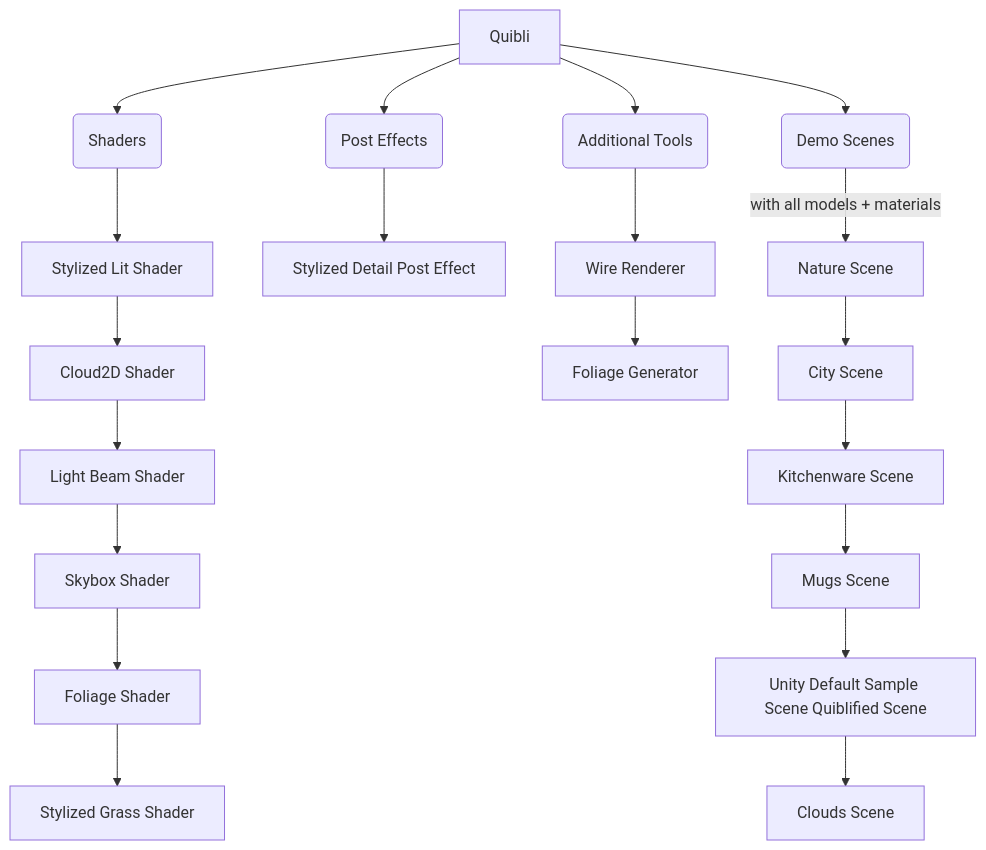
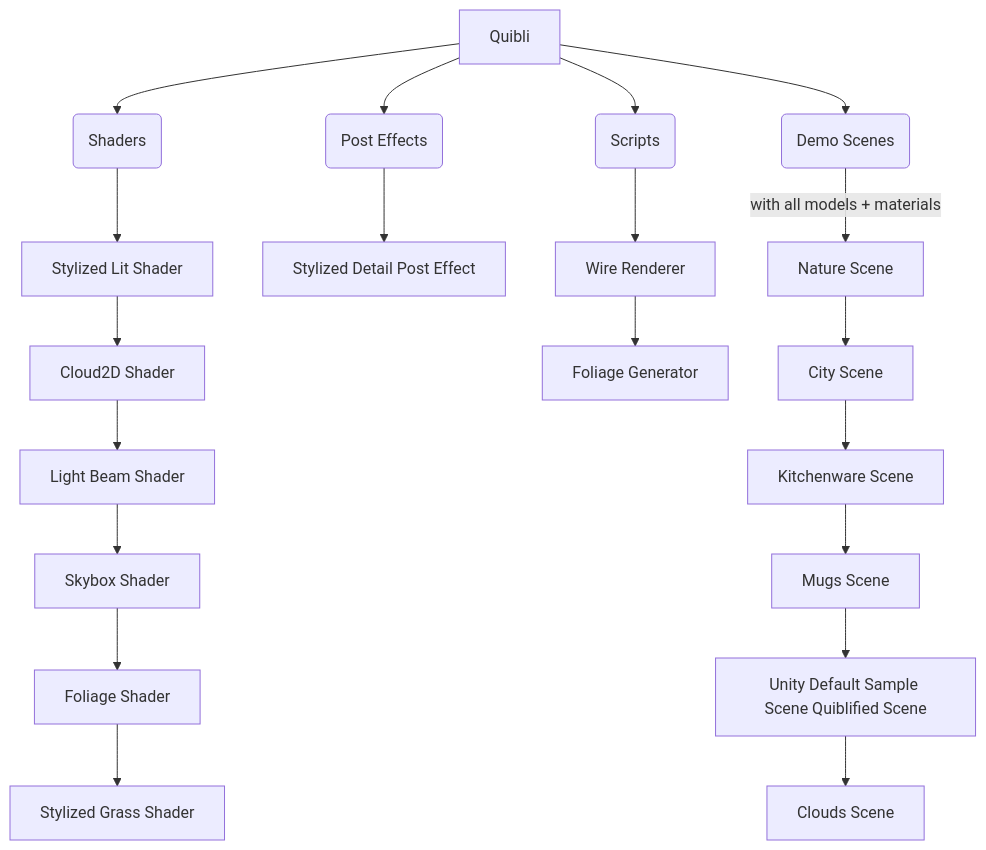
One commit to dustyroom-studio/quibli-doc changed the diagram in _docs/what-is-quibli-a-brief-overview.md. Above: the diagram before and after it, drawn with Mermaid. The commit also changed 14 other files, not shown here.

```diff
--- a/_docs/what-is-quibli-a-brief-overview.md
+++ b/_docs/what-is-quibli-a-brief-overview.md
@@ -21,22 +21,22 @@
 <div class="mermaid">
 graph TD
 A[Quibli] --> B(Shaders)
 A --> C(Post Effects)
-A --> D(Additional Tools)
+A --> D(Scripts)
 A --> E(Demo Scenes)
 B --> G[Stylized Lit Shader]
 G --> H[Cloud2D Shader]
 H --> I[Light Beam Shader]
 I --> J[Skybox Shader]
 J --> K[Foliage Shader]
 K --> L[Stylized Grass Shader]
 C --> M[Stylized Detail Post Effect]
 D --> N[Wire Renderer]
 N --> O[Foliage Generator]
 E -->|with all models + materials| P[Nature Scene]
 P --> Q[City Scene]
 Q --> R[Kitchenware Scene]
 R --> S[Mugs Scene]
 S --> T[Unity Default Sample Scene Quiblified Scene]
 T --> U[Clouds Scene]
 </div>
```
